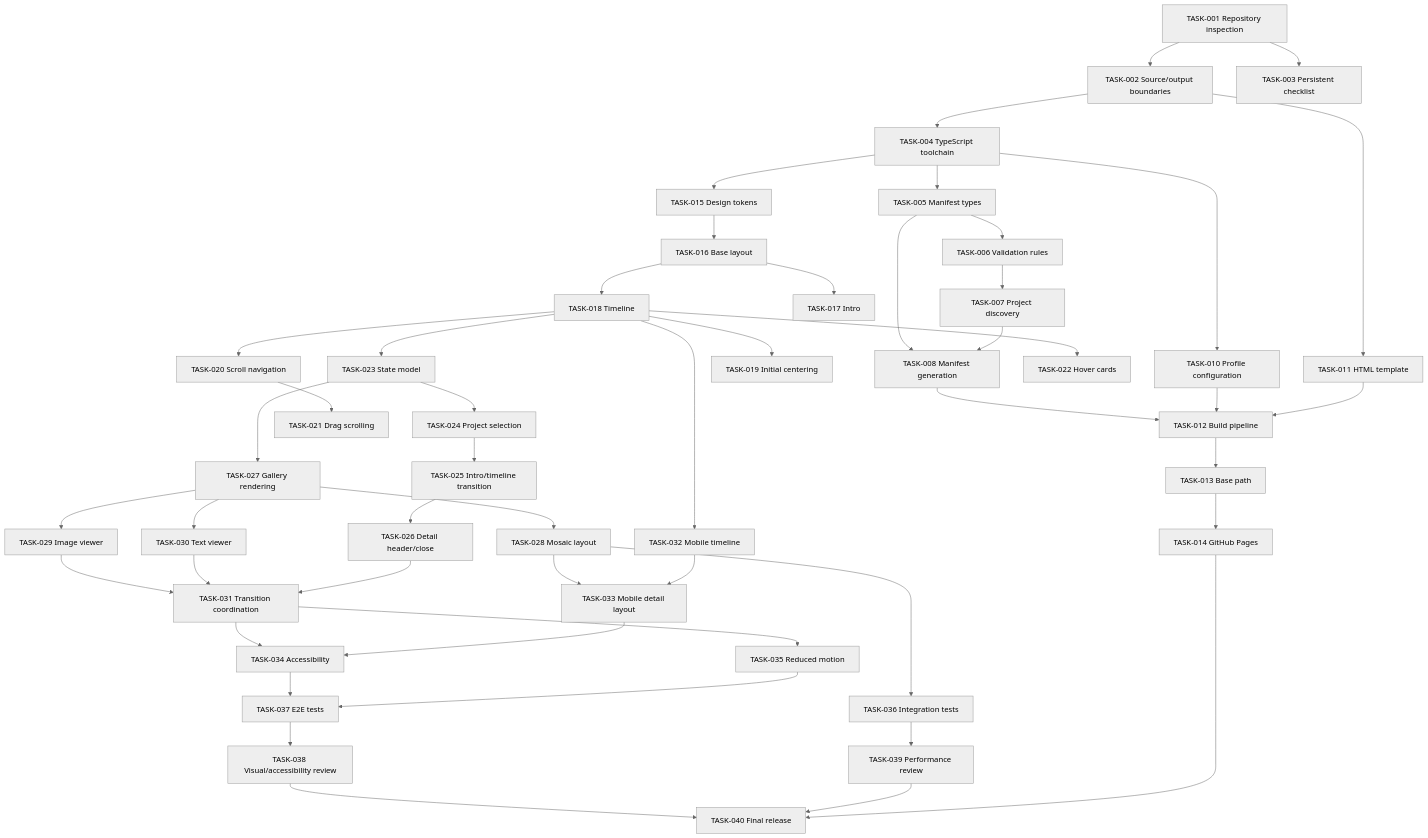
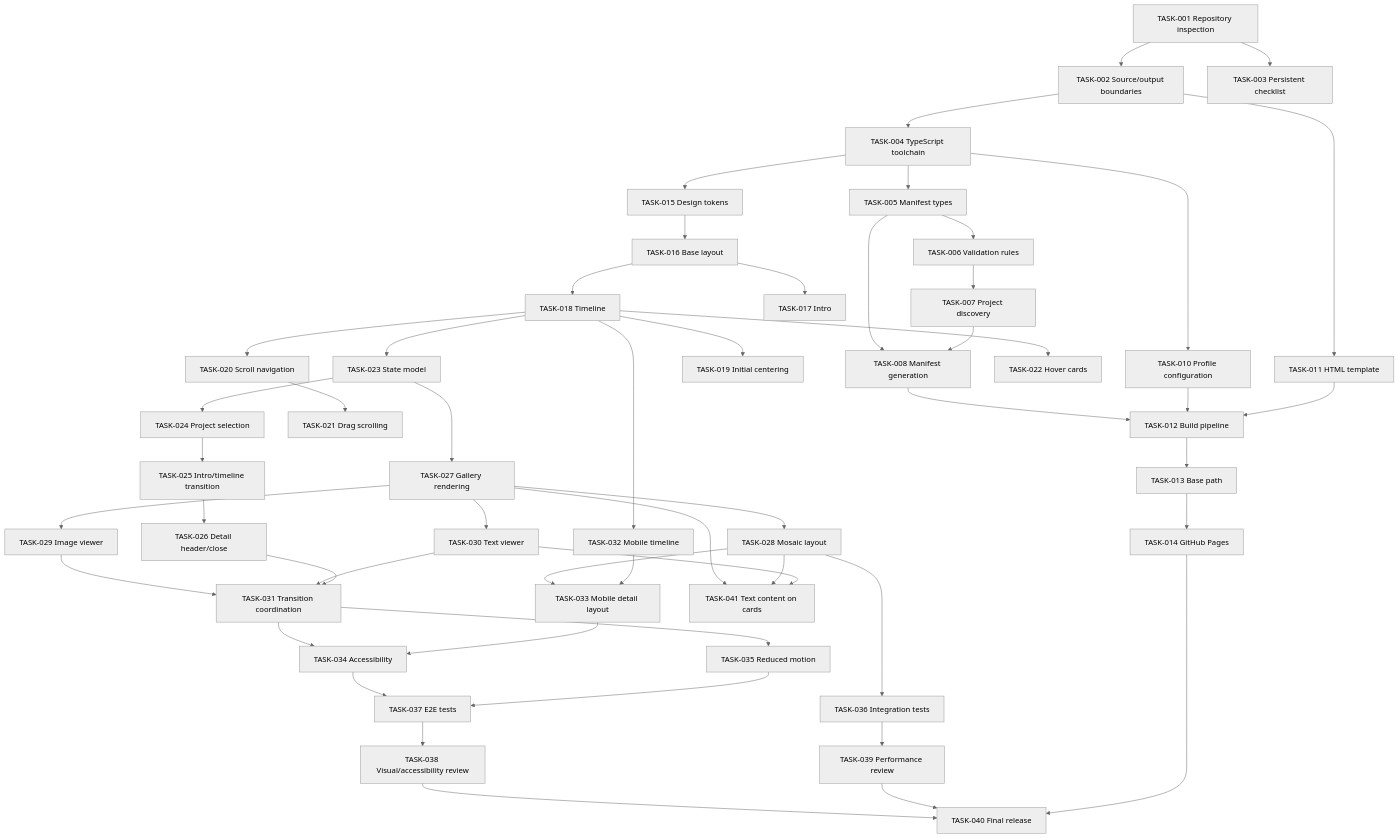
One commit to arefaslani/nasim-portfolio changed the diagram in IMPLEMENTATION_PLAN.md. Above: the diagram before and after it, drawn with Mermaid (neutral theme). The commit also changed other lines of this file and 19 other files, not shown here.

First line of the commit message:
Render text content on gallery cards (TASK-041)

````diff
--- a/IMPLEMENTATION_PLAN.md
+++ b/IMPLEMENTATION_PLAN.md
@@ -1667,51 +1699,54 @@
 ```mermaid
 flowchart TD
     A[TASK-001 Repository inspection] --> B[TASK-002 Source/output boundaries]
     A --> C[TASK-003 Persistent checklist]
     B --> D[TASK-004 TypeScript toolchain]
     D --> E[TASK-005 Manifest types]
     E --> F[TASK-006 Validation rules]
     F --> G[TASK-007 Project discovery]
     E --> H[TASK-008 Manifest generation]
     G --> H
     D --> I[TASK-010 Profile configuration]
     B --> J[TASK-011 HTML template]
     H --> K[TASK-012 Build pipeline]
     I --> K
     J --> K
     K --> L[TASK-013 Base path]
     L --> M[TASK-014 GitHub Pages]
     D --> N[TASK-015 Design tokens]
     N --> O[TASK-016 Base layout]
     O --> P[TASK-017 Intro]
     O --> Q[TASK-018 Timeline]
     Q --> R[TASK-019 Initial centering]
     Q --> S[TASK-020 Scroll navigation]
     S --> T[TASK-021 Drag scrolling]
     Q --> U[TASK-022 Hover cards]
     Q --> V[TASK-023 State model]
     V --> W[TASK-024 Project selection]
     W --> X[TASK-025 Intro/timeline transition]
     X --> Y[TASK-026 Detail header/close]
     V --> Z[TASK-027 Gallery rendering]
     Z --> AA[TASK-028 Mosaic layout]
     Z --> AB[TASK-029 Image viewer]
     Z --> AC[TASK-030 Text viewer]
     AB --> AD[TASK-031 Transition coordination]
     AC --> AD
     Y --> AD
     Q --> AE[TASK-032 Mobile timeline]
     AA --> AF[TASK-033 Mobile detail layout]
     AE --> AF
     AD --> AG[TASK-034 Accessibility]
     AF --> AG
     AD --> AH[TASK-035 Reduced motion]
     AG --> AI[TASK-037 E2E tests]
     AH --> AI
     AA --> AJ[TASK-036 Integration tests]
     AI --> AK[TASK-038 Visual/accessibility review]
     AJ --> AL[TASK-039 Performance review]
     AK --> AM[TASK-040 Final release]
     AL --> AM
     M --> AM
+    Z --> AN[TASK-041 Text content on cards]
+    AA --> AN
+    AC --> AN
 ```
````
